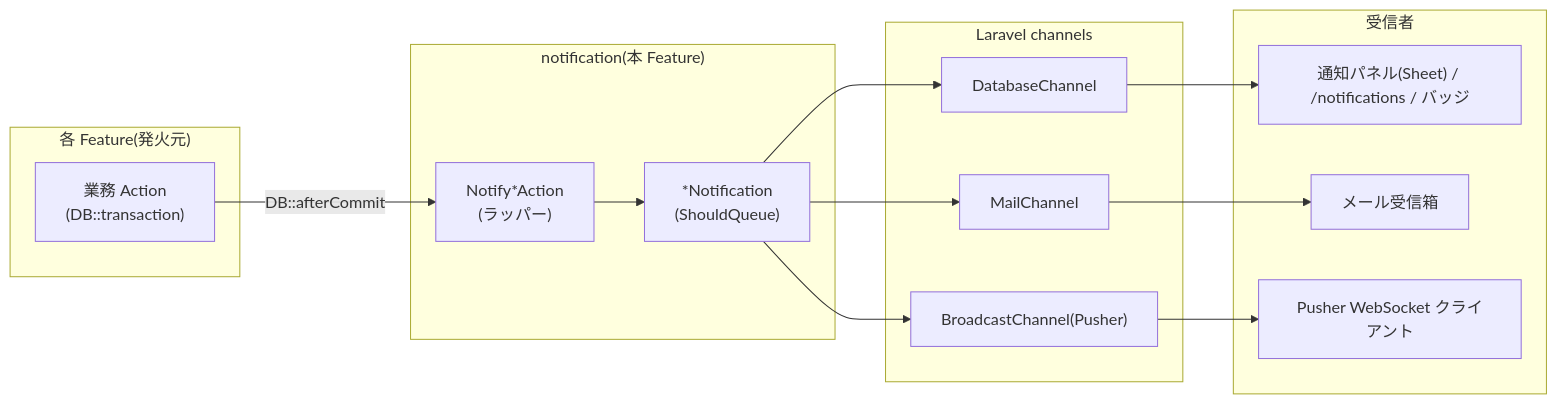
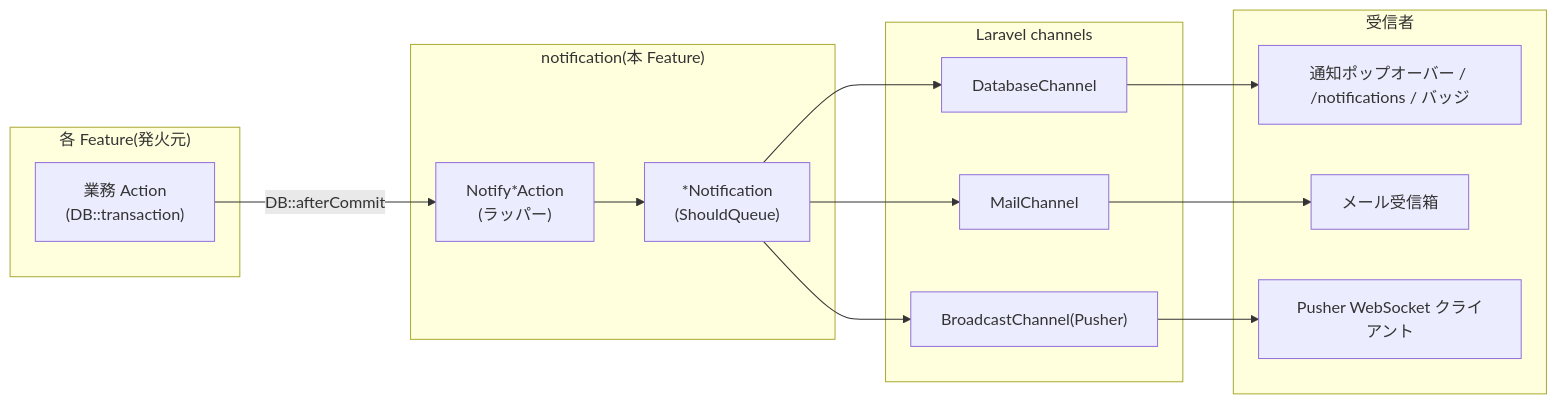
The first of 5 diagrams in docs/specs/notification/design.md (coachtech-mockcase-second/ExampleAnswer-mockcase-CertifyLMS), drawn with Mermaid before and after one commit. The commit also changed other lines of this file and 346 other files, not shown here.

````diff
--- a/docs/specs/notification/design.md
+++ b/docs/specs/notification/design.md
@@ -54,26 +54,26 @@
 ```mermaid
 flowchart LR
     subgraph FeatureA["各 Feature(発火元)"]
         ActionA["業務 Action<br/>(DB::transaction)"]
     end
     subgraph Notification["notification(本 Feature)"]
         NotifyAction["Notify*Action<br/>(ラッパー)"]
         NotificationClass["*Notification<br/>(ShouldQueue)"]
     end
     subgraph Channels["Laravel channels"]
         DBChan["DatabaseChannel"]
         MailChan["MailChannel"]
         BroadcastChan["BroadcastChannel(Pusher)"]
     end
     subgraph Receivers["受信者"]
-        UI["通知パネル(Sheet) / /notifications / バッジ"]
+        UI["通知ポップオーバー / /notifications / バッジ"]
         InboxMail["メール受信箱"]
         PusherClient["Pusher WebSocket クライアント"]
     end
 
     ActionA -- DB::afterCommit --> NotifyAction
     NotifyAction --> NotificationClass
     NotificationClass --> DBChan --> UI
     NotificationClass --> MailChan --> InboxMail
     NotificationClass --> BroadcastChan --> PusherClient
 ```
````
